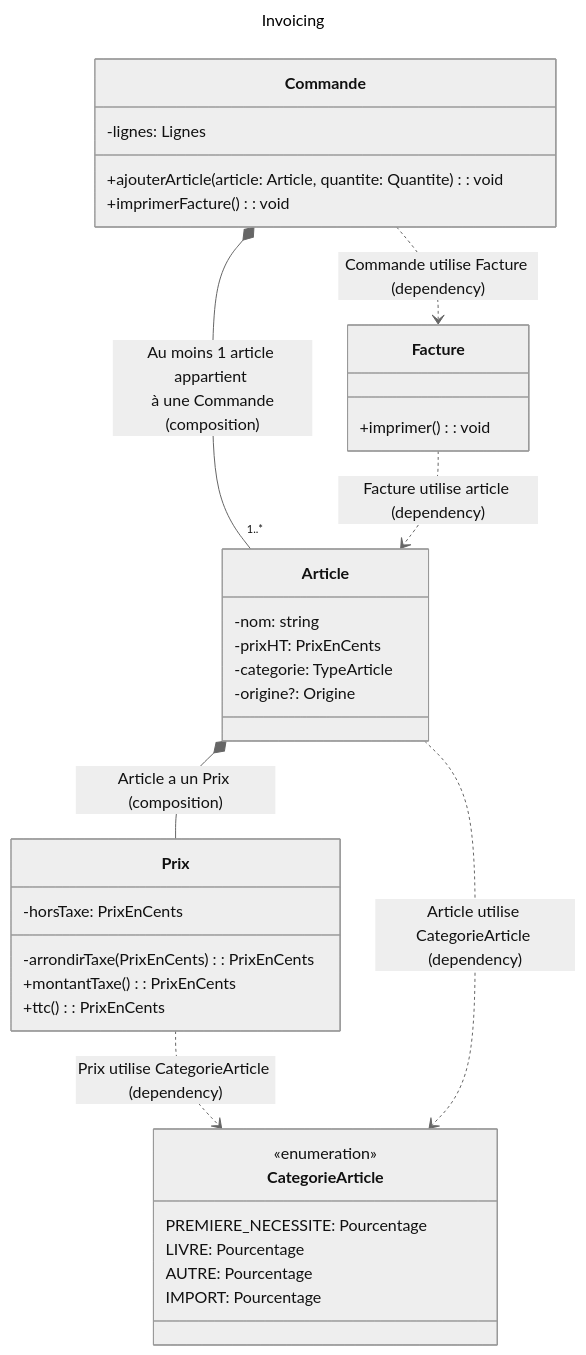
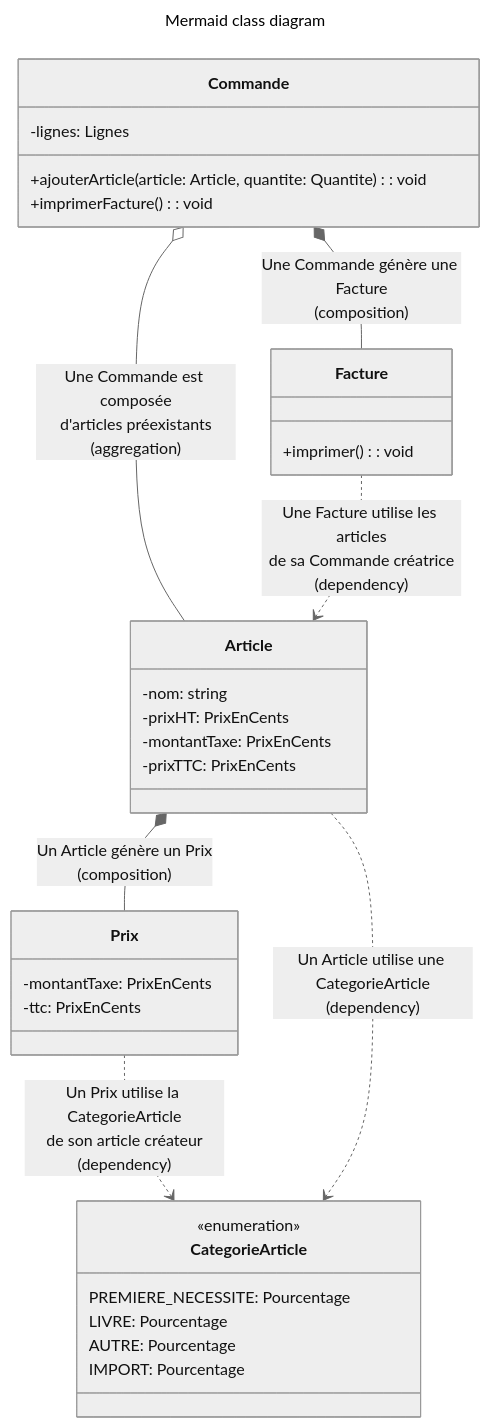
Before and after one commit to Pefington/adv-oop: the diagram in README.md, drawn with Mermaid (neutral theme). The commit also changed other lines of this file and 1 other file, not shown here.

Commit message:
Improve class diagram

````diff
--- a/README.md
+++ b/README.md
@@ -3,45 +3,42 @@
 ```mermaid
 ---
-title: Invoicing
+title: Mermaid class diagram
 ---
 classDiagram
-direction TB
-  Commande ..> Facture : Commande utilise Facture (dependency)
-  Commande *-- "1..*" Article : Au moins 1 article appartient <br/> à une Commande (composition)
-  Facture ..> Article : Facture utilise article (dependency)
-  Article *-- Prix : Article a un Prix (composition)
-  Prix ..> CategorieArticle : Prix utilise CategorieArticle (dependency)
-  Article ..> CategorieArticle : Article utilise CategorieArticle (dependency)
+  Commande *-- Facture : Une Commande génère une Facture<br/>(composition)
+  Commande o-- Article : Une Commande est composée<br/>d'articles préexistants<br/>(aggregation)
+  Facture ..> Article : Une Facture utilise les articles<br/>de sa Commande créatrice<br/>(dependency)
+  Article *-- Prix : Un Article génère un Prix<br/>(composition)
+  Prix ..> CategorieArticle : Un Prix utilise la CategorieArticle<br/>de son article créateur<br/>(dependency)
+  Article ..> CategorieArticle : Un Article utilise une CategorieArticle<br/>(dependency)
 
   class Commande {
     -lignes: Lignes
     +ajouterArticle( article: Article, quantite: Quantite ): void
     +imprimerFacture(): void
   }
 
   class Facture {
     +imprimer(): void
   }
 
   class Article {
     -nom: string
     -prixHT: PrixEnCents
-    -categorie: TypeArticle
-    -origine?: Origine
+    -montantTaxe: PrixEnCents
+    -prixTTC: PrixEnCents
   }
 
   class Prix {
-    -horsTaxe: PrixEnCents
-    -arrondirTaxe(PrixEnCents): PrixEnCents
-    +montantTaxe(): PrixEnCents
-    +ttc(): PrixEnCents
+    -montantTaxe: PrixEnCents
+    -ttc: PrixEnCents
   }
 
   class CategorieArticle {
     <<enumeration>>
     PREMIERE_NECESSITE: Pourcentage
     LIVRE: Pourcentage
     AUTRE: Pourcentage
     IMPORT: Pourcentage
   }
 ```
````
